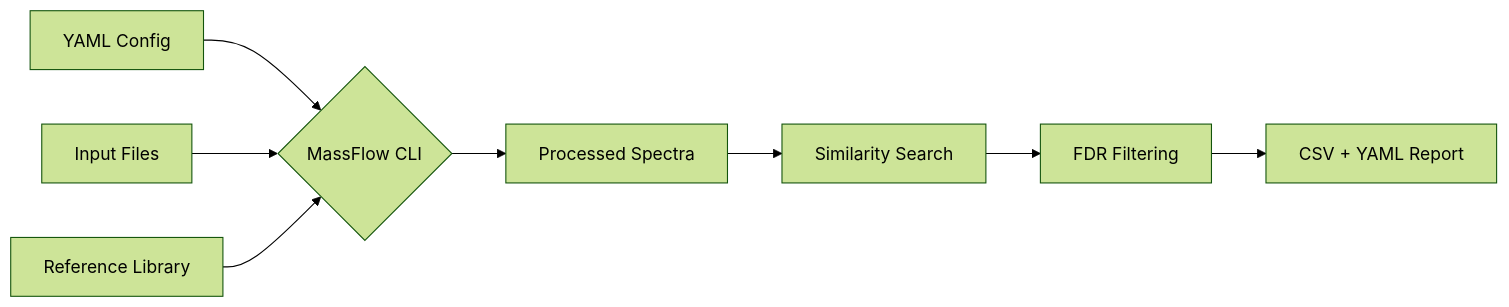
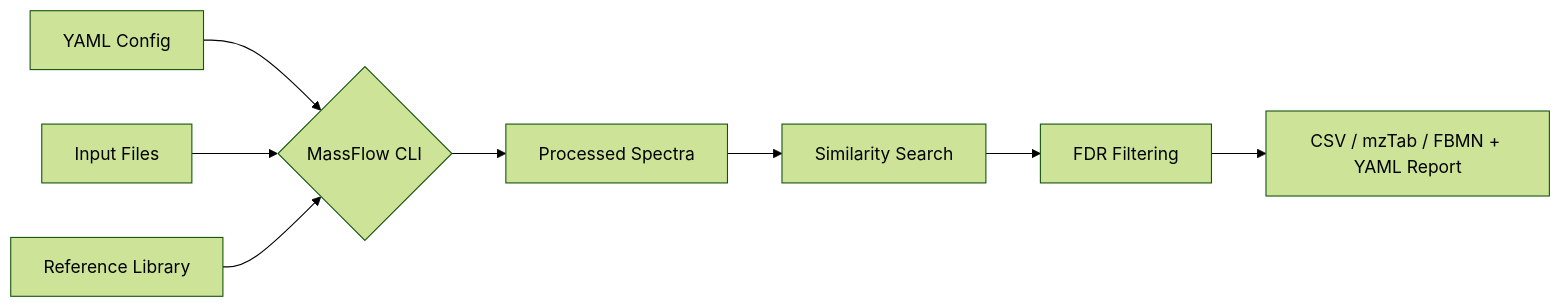
The first of 3 diagrams in ARCHITECTURE.md (janusson/MassFlow), drawn with Mermaid (forest theme) before and after one commit. The commit also changed other lines of this file and 9 other files, not shown here.

First line of the commit message:
Add mzTab and FBMN export formats

````diff
--- a/ARCHITECTURE.md
+++ b/ARCHITECTURE.md
@@ -38,10 +38,10 @@
 ```mermaid
 graph LR
     Config[YAML Config] --> CLI{MassFlow CLI}
     Input[Input Files] --> CLI
     Library[Reference Library] --> CLI
     CLI --> Processed[Processed Spectra]
     Processed --> Sim[Similarity Search]
     Sim --> Filter[FDR Filtering]
-    Filter --> Out[CSV + YAML Report]
+    Filter --> Out[CSV / mzTab / FBMN + YAML Report]
 ```
````
